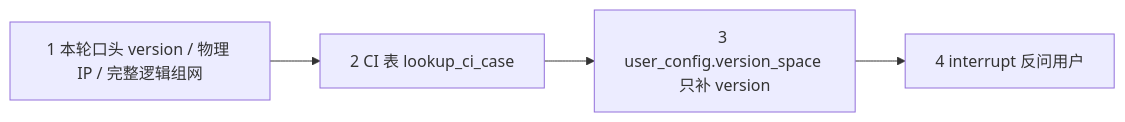
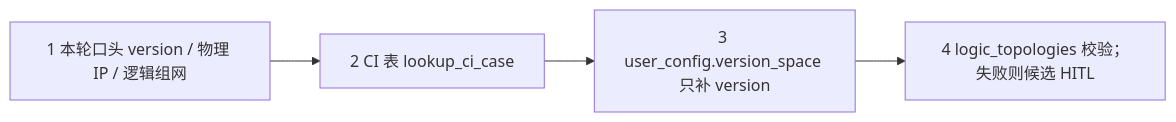
One commit to LuukkaToT/work_agent changed the first of 5 diagrams in docs/architecture.md. Above: the diagram before and after it, drawn with Mermaid. The commit also changed other lines of this file and 20 other files, not shown here.

````diff
--- a/docs/architecture.md
+++ b/docs/architecture.md
@@ -85,6 +85,6 @@
 ```mermaid
 flowchart LR
-  A["1 本轮口头 version / 物理 IP / 完整逻辑组网"] --> B["2 CI 表 lookup_ci_case"]
+  A["1 本轮口头 version / 物理 IP / 逻辑组网"] --> B["2 CI 表 lookup_ci_case"]
   B --> C["3 user_config.version_space 只补 version"]
-  C --> D["4 interrupt 反问用户"]
+  C --> D["4 logic_topologies 校验；失败则候选 HITL"]
 ```
````
